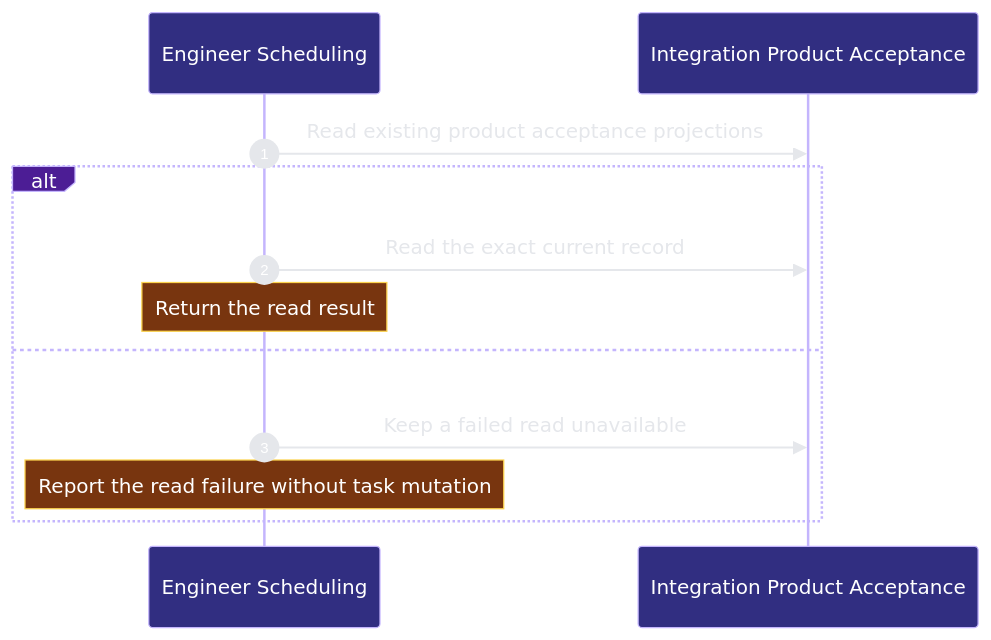
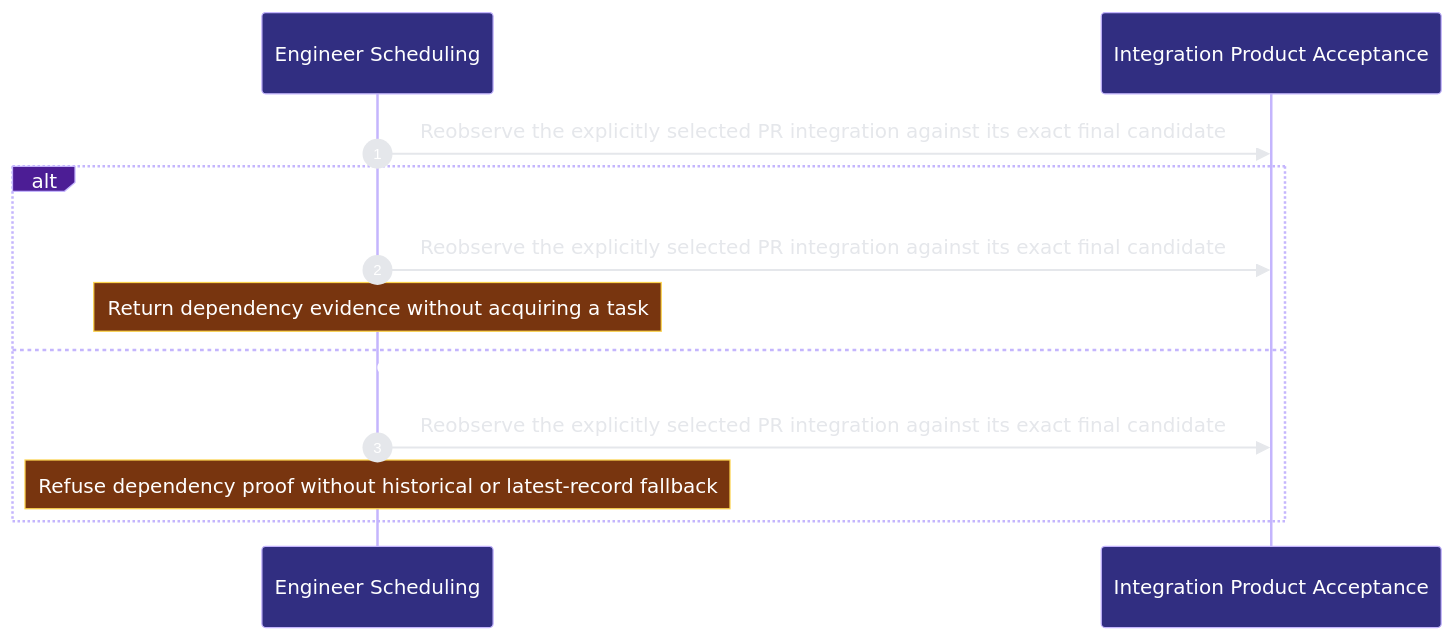
Before and after one commit to Ancienttwo/repo-harness: the second of 2 diagrams in docs/architecture/modules/runtime-harness/engineer-scheduling.md, drawn with Mermaid. The commit also changed other lines of this file and 27 other files, not shown here.

First line of the commit message:
chore(projection): refresh generated architecture outputs for main@bbf18043e43e

````diff
--- a/docs/architecture/modules/runtime-harness/engineer-scheduling.md
+++ b/docs/architecture/modules/runtime-harness/engineer-scheduling.md
@@ -84,15 +84,15 @@
 ```mermaid
 %%{init: {"theme":"base","themeVariables":{"background":"#0d1117","actorBkg":"#312e81","actorBorder":"#c4b5fd","actorTextColor":"#ffffff","signalColor":"#e5e7eb","signalTextColor":"#e5e7eb","labelBoxBkgColor":"#4c1d95","labelBoxBorderColor":"#c4b5fd","labelTextColor":"#ffffff","noteBkgColor":"#78350f","noteBorderColor":"#fcd34d","noteTextColor":"#ffffff","sequenceNumberColor":"#ffffff"}}}%%
 sequenceDiagram
   autonumber
   participant p2_scheduling_003befe7 as Engineer Scheduling
   participant p2_acceptance_afe48377 as Integration Product Acceptance
-  p2_scheduling_003befe7->>p2_acceptance_afe48377: Read existing product acceptance projections
-  alt Return the retained observation
-  p2_scheduling_003befe7->>p2_acceptance_afe48377: Read the exact current record
-    Note over p2_scheduling_003befe7: Return the read result
-  else Refuse an unavailable or invalid observation
-  p2_scheduling_003befe7->>p2_acceptance_afe48377: Keep a failed read unavailable
-    Note over p2_scheduling_003befe7: Report the read failure without task mutation
+  p2_scheduling_003befe7->>p2_acceptance_afe48377: Reobserve the explicitly selected PR integration against its exact final candidate
+  alt The exact selected integration evidence remains current
+  p2_scheduling_003befe7->>p2_acceptance_afe48377: Reobserve the explicitly selected PR integration against its exact final candidate
+    Note over p2_scheduling_003befe7: Return dependency evidence without acquiring a task
+  else Provider integration evidence is stale#44; unavailable or forbidden in the readonly observation boundary
+  p2_scheduling_003befe7->>p2_acceptance_afe48377: Reobserve the explicitly selected PR integration against its exact final candidate
+    Note over p2_scheduling_003befe7: Refuse dependency proof without historical or latest-record fallback
   end
 ```
````
